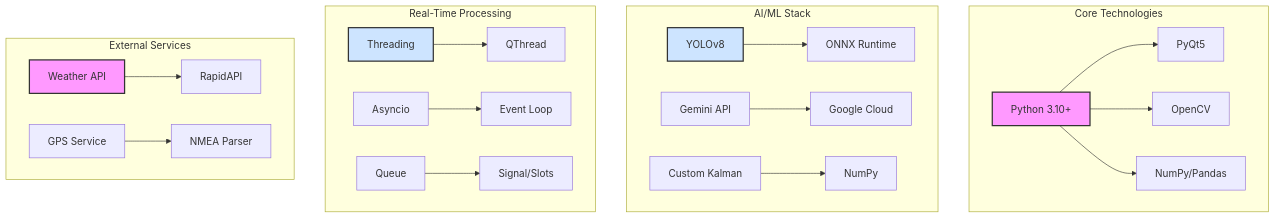
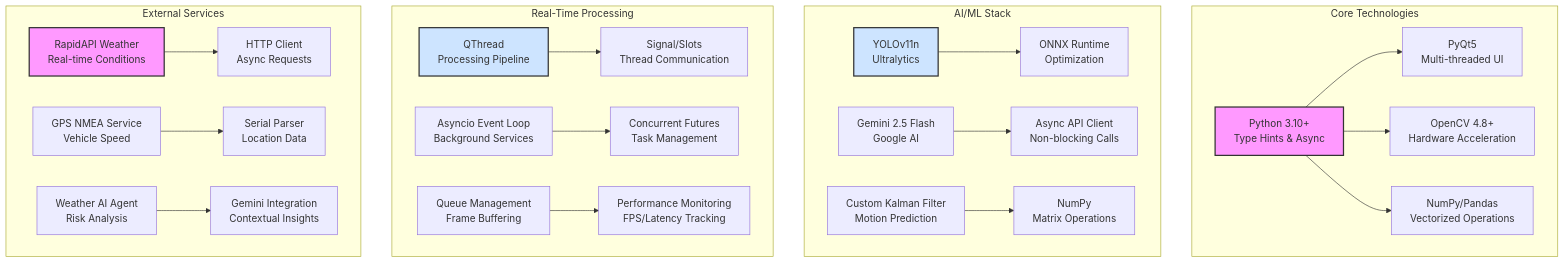
One commit to atharvaawatade/Aarambh-Finals-tata-elxsi changed the first of 4 diagrams in DriveWise-Main/Readme.md. Above: the diagram before and after it, drawn with Mermaid. The commit also changed other lines of this file, not shown here.

````diff
--- a/DriveWise-Main/Readme.md
+++ b/DriveWise-Main/Readme.md
@@ -59,30 +64,31 @@
 ```mermaid
 graph TD
     subgraph "Core Technologies"
-        A[Python 3.10+] --> B[PyQt5]
-        A --> C[OpenCV]
-        A --> D[NumPy/Pandas]
+        A[Python 3.10+<br/>Type Hints & Async] --> B[PyQt5<br/>Multi-threaded UI]
+        A --> C[OpenCV 4.8+<br/>Hardware Acceleration]
+        A --> D[NumPy/Pandas<br/>Vectorized Operations]
     end
     
     subgraph "AI/ML Stack"
-        E[YOLOv8] --> F[ONNX Runtime]
-        G[Gemini API] --> H[Google Cloud]
-        I[Custom Kalman] --> J[NumPy]
+        E[YOLOv11n<br/>Ultralytics] --> F[ONNX Runtime<br/>Optimization]
+        G[Gemini 2.5 Flash<br/>Google AI] --> H[Async API Client<br/>Non-blocking Calls]
+        I[Custom Kalman Filter<br/>Motion Prediction] --> J[NumPy<br/>Matrix Operations]
     end
     
     subgraph "Real-Time Processing"
-        K[Threading] --> L[QThread]
-        M[Asyncio] --> N[Event Loop]
-        O[Queue] --> P[Signal/Slots]
+        K[QThread<br/>Processing Pipeline] --> L[Signal/Slots<br/>Thread Communication]
+        M[Asyncio Event Loop<br/>Background Services] --> N[Concurrent Futures<br/>Task Management]
+        O[Queue Management<br/>Frame Buffering] --> P[Performance Monitoring<br/>FPS/Latency Tracking]
     end
     
     subgraph "External Services"
-        Q[Weather API] --> R[RapidAPI]
-        S[GPS Service] --> T[NMEA Parser]
+        Q[RapidAPI Weather<br/>Real-time Conditions] --> R[HTTP Client<br/>Async Requests]
+        S[GPS NMEA Service<br/>Vehicle Speed] --> T[Serial Parser<br/>Location Data]
+        U[Weather AI Agent<br/>Risk Analysis] --> V[Gemini Integration<br/>Contextual Insights]
     end
 
     style A fill:#f9f,stroke:#333,stroke-width:2px
     style E fill:#cde4ff,stroke:#333,stroke-width:2px
     style K fill:#cde4ff,stroke:#333,stroke-width:2px
     style Q fill:#f9f,stroke:#333,stroke-width:2px
 ```
````
